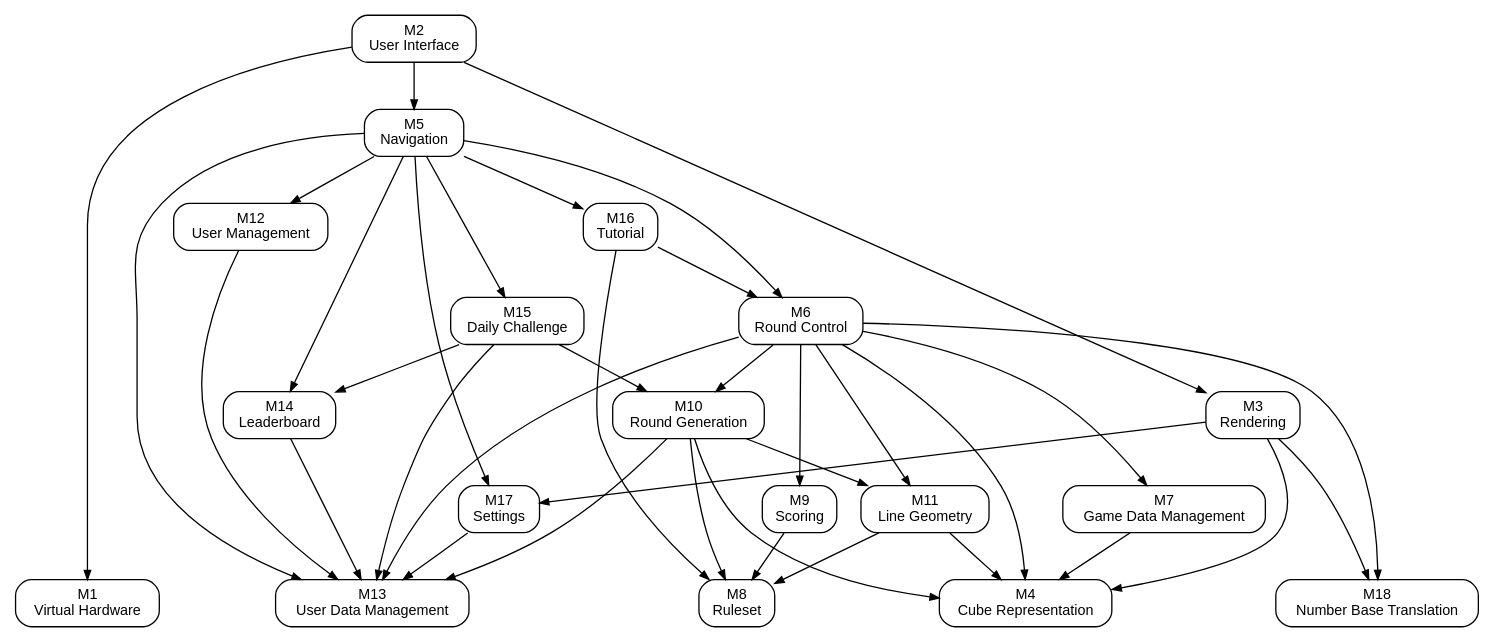
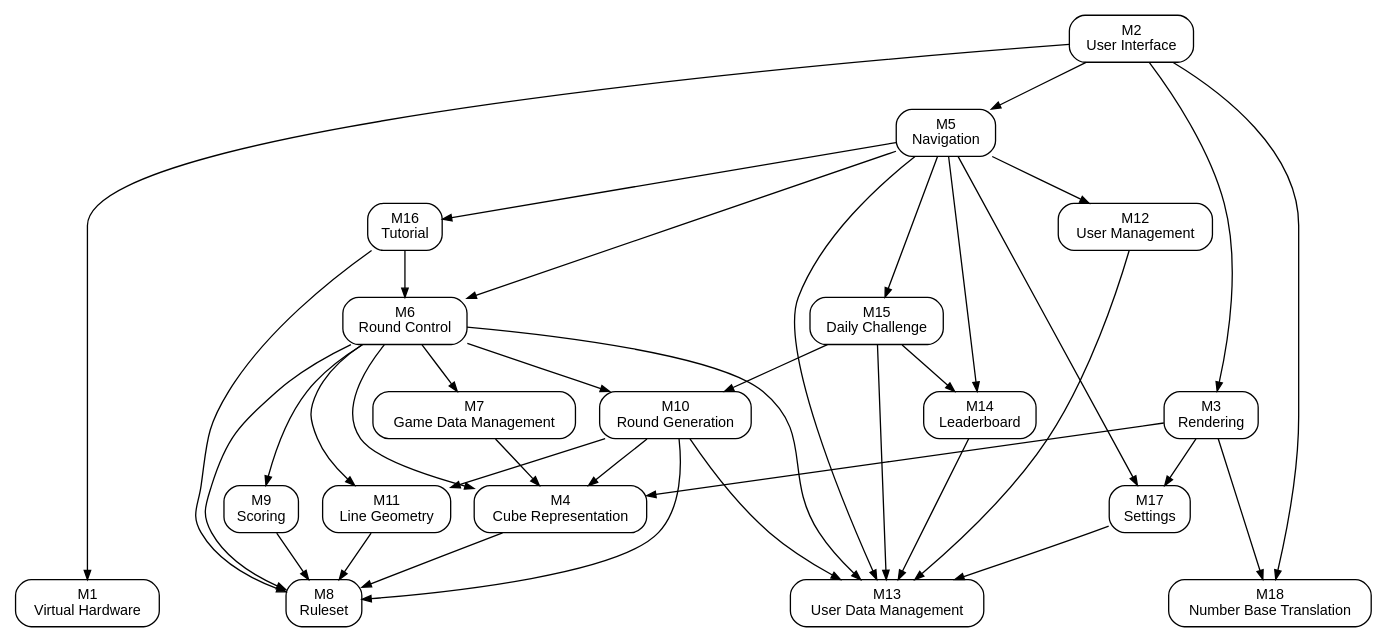
The diagram in docs/Design/SoftArchitecture/UsesHierarchy.dot (Jacob-MB/magic-8), drawn with Graphviz before and after one commit. The commit also changed 2 other files, not shown here.

```diff
--- a/docs/Design/SoftArchitecture/UsesHierarchy.dot
+++ b/docs/Design/SoftArchitecture/UsesHierarchy.dot
@@ -1,52 +1,53 @@
 // Uses hierarchy for the Magic 8 Module Guide (MG.tex, Figure "Use hierarchy among modules").
 // An arrow A -> B means module A uses module B.
 // Regenerate the figure with:
 //   dot -Tpng -Gdpi=200 UsesHierarchy.dot -o UsesHierarchy.png
 
 digraph UsesHierarchy {
     rankdir = TB;
     node [shape = box, style = rounded, fontname = "Helvetica", fontsize = 11];
     edge [arrowsize = 0.7];
 
     // Hardware-hiding modules
     VH  [label = "M1\nVirtual Hardware"];
     UI  [label = "M2\nUser Interface"];
 
     // Behaviour-hiding modules
     RE  [label = "M3\nRendering"];
     N   [label = "M5\nNavigation"];
     RC  [label = "M6\nRound Control"];
     R   [label = "M8\nRuleset"];
     SC  [label = "M9\nScoring"];
     UM  [label = "M12\nUser Management"];
     L   [label = "M14\nLeaderboard"];
     DC  [label = "M15\nDaily Challenge"];
     T   [label = "M16\nTutorial"];
     SE  [label = "M17\nSettings"];
 
     // Software decision modules
     CR  [label = "M4\nCube Representation"];
     GDM [label = "M7\nGame Data Management"];
     RG  [label = "M10\nRound Generation"];
     TG  [label = "M11\nLine Geometry"];
     UDM [label = "M13\nUser Data Management"];
     NBT [label = "M18\nNumber Base Translation"];
 
     // Modules that use no other module sit on the bottom row
-    { rank = sink; VH; CR; R; NBT; UDM; }
+    { rank = sink; VH; R; NBT; UDM; }
 
     // User Interface is the only point of contact with the user, so it sits at the top
-    UI  -> { N RE VH };
+    UI  -> { N RE NBT VH };
     N   -> { RC T DC UM L SE UDM };
     T   -> { RC R };
     DC  -> { RG L UDM };
-    RC  -> { RG TG SC GDM CR NBT UDM };
+    RC  -> { RG TG SC GDM CR R UDM };
     RG  -> { TG R CR UDM };
     RE  -> { CR NBT SE };
-    TG  -> { CR R };
+    TG  -> R;
+    CR  -> R;
     SC  -> R;
     GDM -> CR;
     UM  -> UDM;
     L   -> UDM;
     SE  -> UDM;
 }
```
